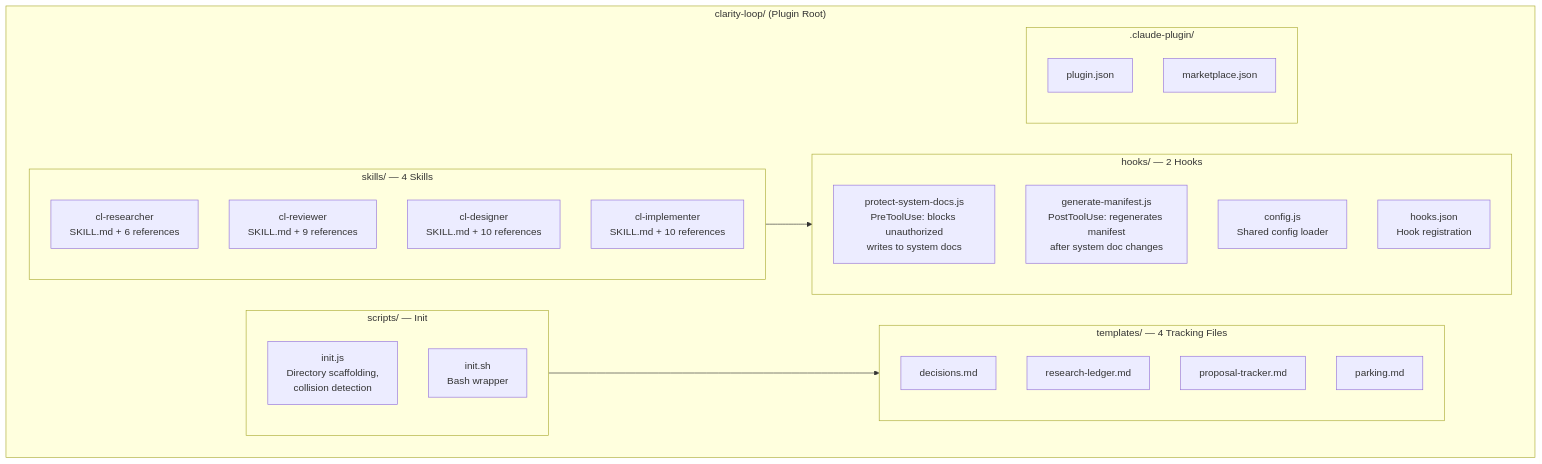
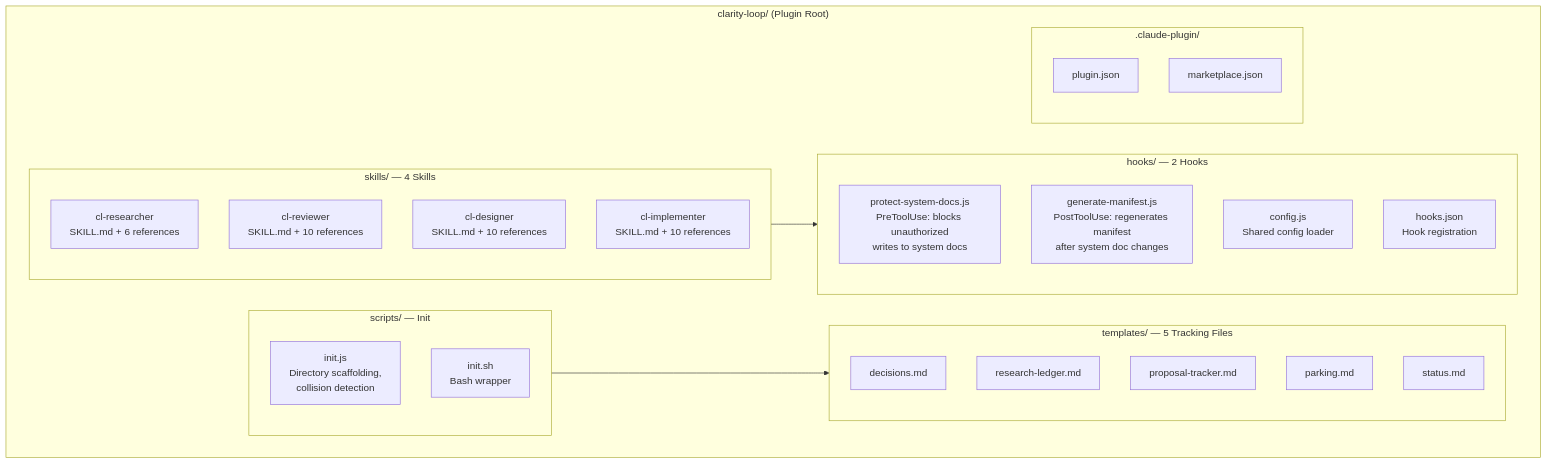
Before and after one commit to dev-eloper1/clarity-loop: the first of 19 diagrams in docs/SYSTEM_DESIGN.md, drawn with Mermaid. The commit also changed other lines of this file and 18 other files, not shown here.

````diff
--- a/docs/SYSTEM_DESIGN.md
+++ b/docs/SYSTEM_DESIGN.md
@@ -37,38 +37,39 @@
 ```mermaid
 graph TD
     subgraph Plugin["clarity-loop/ (Plugin Root)"]
         subgraph Skills["skills/ — 4 Skills"]
             RES["cl-researcher<br/>SKILL.md + 6 references"]
-            REV["cl-reviewer<br/>SKILL.md + 9 references"]
+            REV["cl-reviewer<br/>SKILL.md + 10 references"]
             DES["cl-designer<br/>SKILL.md + 10 references"]
             IMP["cl-implementer<br/>SKILL.md + 10 references"]
         end
 
         subgraph Hooks["hooks/ — 2 Hooks"]
             PRE["protect-system-docs.js<br/>PreToolUse: blocks unauthorized<br/>writes to system docs"]
             POST["generate-manifest.js<br/>PostToolUse: regenerates manifest<br/>after system doc changes"]
             CFG["config.js<br/>Shared config loader"]
             HJ["hooks.json<br/>Hook registration"]
         end
 
         subgraph Scripts["scripts/ — Init"]
             INIT_JS["init.js<br/>Directory scaffolding,<br/>collision detection"]
             INIT_SH["init.sh<br/>Bash wrapper"]
         end
 
-        subgraph Templates["templates/ — 4 Tracking Files"]
+        subgraph Templates["templates/ — 5 Tracking Files"]
             T1["decisions.md"]
             T2["research-ledger.md"]
             T3["proposal-tracker.md"]
             T4["parking.md"]
+            T5["status.md"]
         end
 
         subgraph PluginCfg[".claude-plugin/"]
             PJ["plugin.json"]
             MJ["marketplace.json"]
         end
     end
 
     Skills --> Hooks
     Scripts --> Templates
 ```
````
